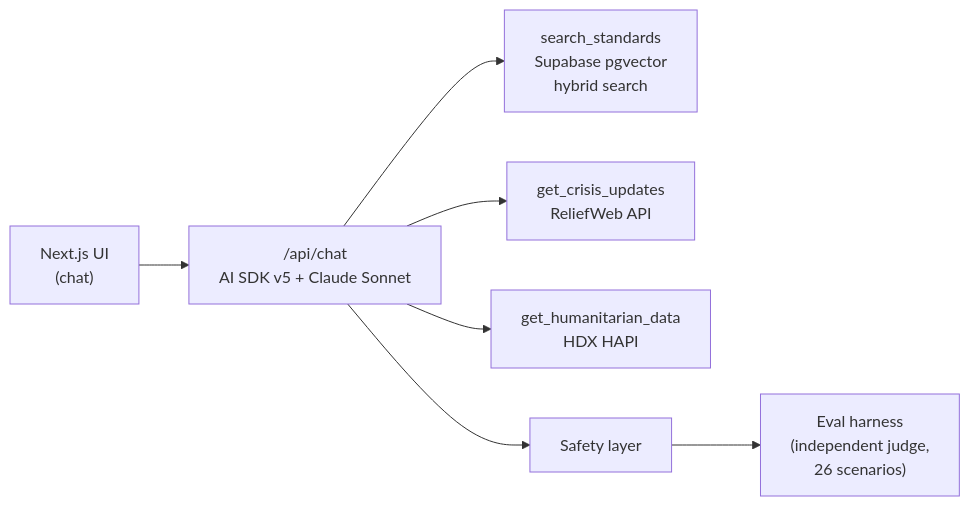
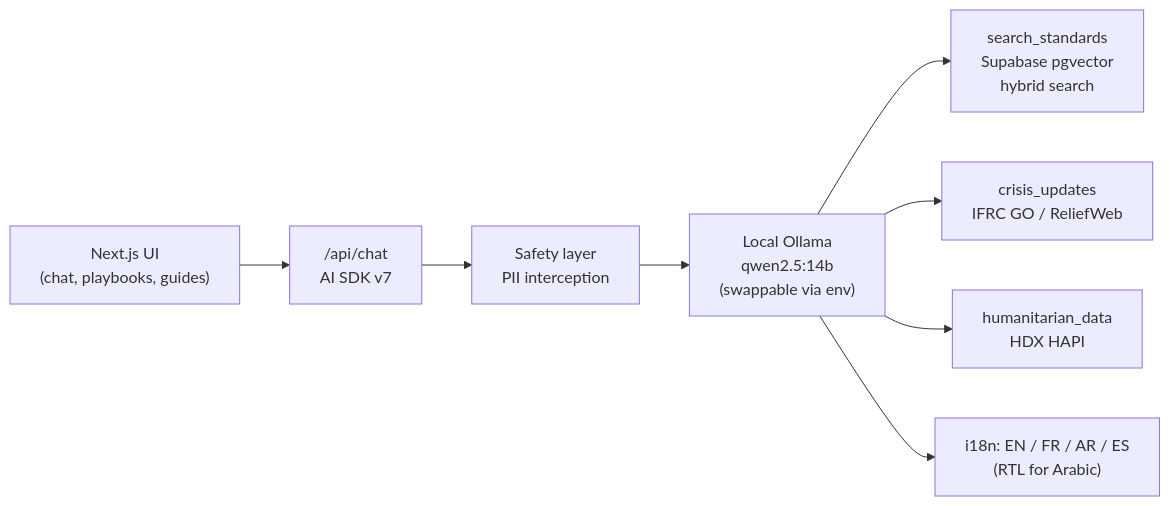
The diagram in README.md (samfrons/HAI), drawn with Mermaid before and after one commit. The commit also changed other lines of this file and 6 other files, not shown here.

````diff
--- a/README.md
+++ b/README.md
@@ -24,9 +34,10 @@
 ```mermaid
 flowchart LR
-    UI["Next.js UI\n(chat)"] --> API["/api/chat\nAI SDK v5 + Claude Sonnet"]
-    API --> T1["search_standards\nSupabase pgvector\nhybrid search"]
-    API --> T2["get_crisis_updates\nReliefWeb API"]
-    API --> T3["get_humanitarian_data\nHDX HAPI"]
-    API --> Safety["Safety layer"]
-    Safety --> Eval["Eval harness\n(independent judge,\n26 scenarios)"]
+    UI["Next.js UI\n(chat, playbooks, guides)"] --> API["/api/chat\nAI SDK v7"]
+    API --> Safety["Safety layer\nPII interception"]
+    Safety --> LLM["Local Ollama\nqwen2.5:14b\n(swappable via env)"]
+    LLM --> T1["search_standards\nSupabase pgvector\nhybrid search"]
+    LLM --> T2["crisis_updates\nIFRC GO / ReliefWeb"]
+    LLM --> T3["humanitarian_data\nHDX HAPI"]
+    LLM --> I18n["i18n: EN / FR / AR / ES\n(RTL for Arabic)"]
 ```
````
